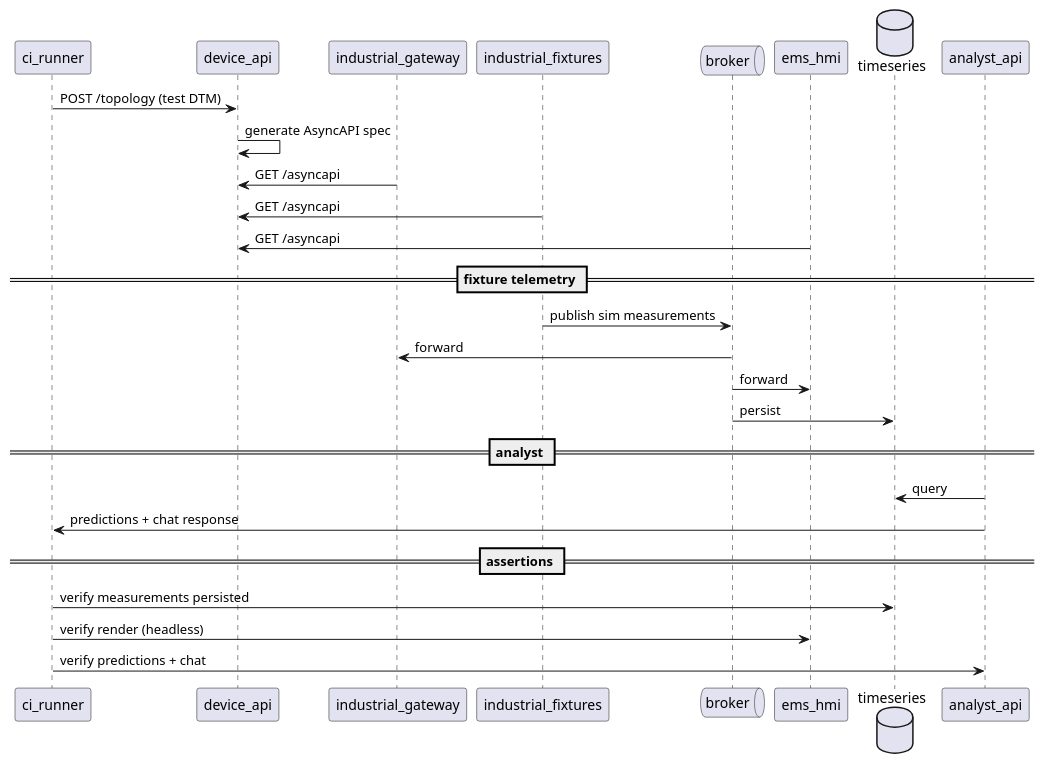
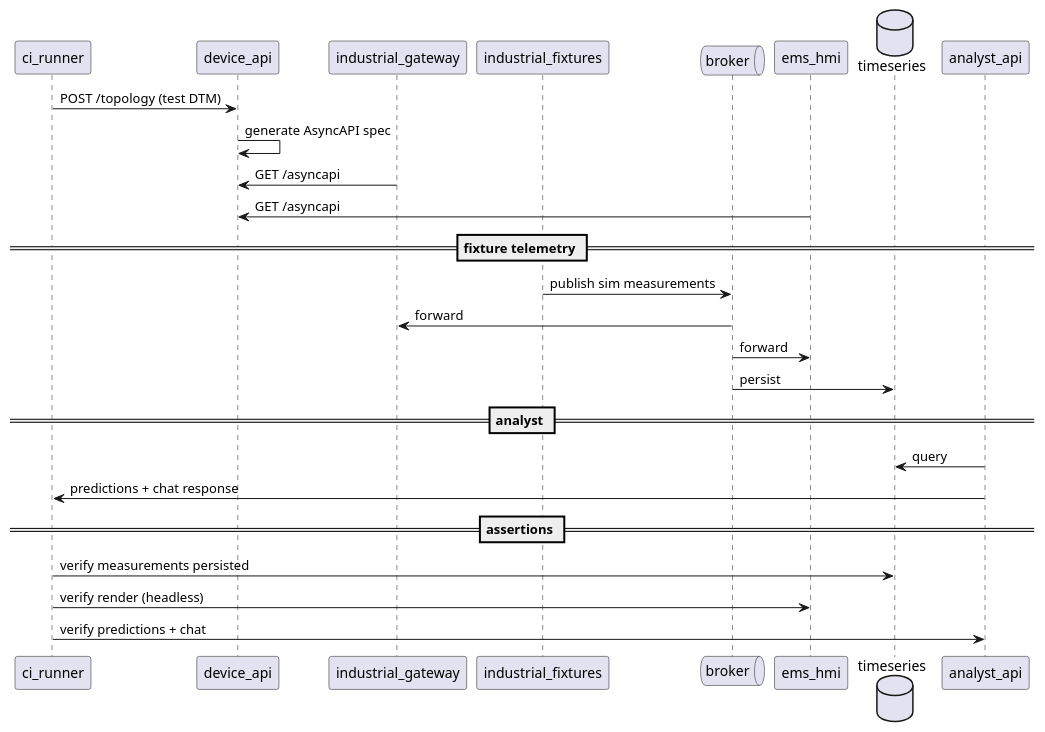
One commit to arcnode-io/ems changed the fifth of 5 diagrams in readme.md. Above: the diagram before and after it, drawn with PlantUML. The commit also changed other lines of this file and 4 other files, not shown here.

````diff
--- a/readme.md
+++ b/readme.md
@@ -186,32 +188,31 @@
 ```plantuml
 participant ci_runner
 participant device_api
 participant industrial_gateway
 participant industrial_fixtures
 queue broker
 participant ems_hmi
 database timeseries
 participant analyst_api
 
 ci_runner -> device_api: POST /topology (test DTM)
 device_api -> device_api: generate AsyncAPI spec
 
 industrial_gateway -> device_api: GET /asyncapi
-industrial_fixtures -> device_api: GET /asyncapi
 ems_hmi -> device_api: GET /asyncapi
 
 == fixture telemetry ==
 industrial_fixtures -> broker: publish sim measurements
 broker -> industrial_gateway: forward
 broker -> ems_hmi: forward
 broker -> timeseries: persist
 
 == analyst ==
 analyst_api -> timeseries: query
 analyst_api -> ci_runner: predictions + chat response
 
 == assertions ==
 ci_runner -> timeseries: verify measurements persisted
 ci_runner -> ems_hmi: verify render (headless)
 ci_runner -> analyst_api: verify predictions + chat
 ```
````
